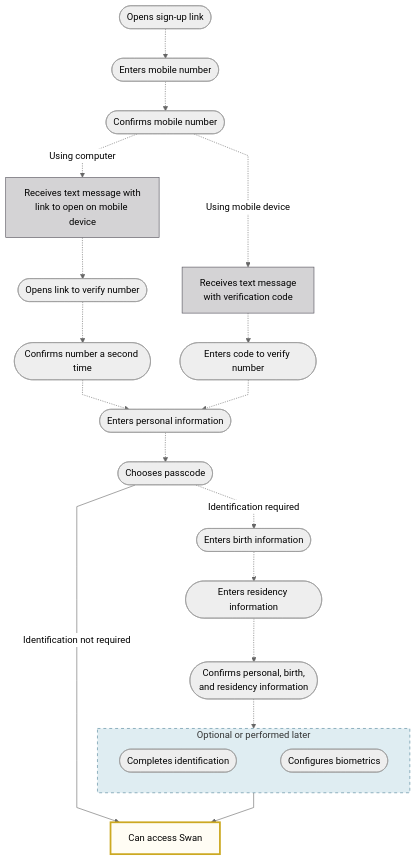
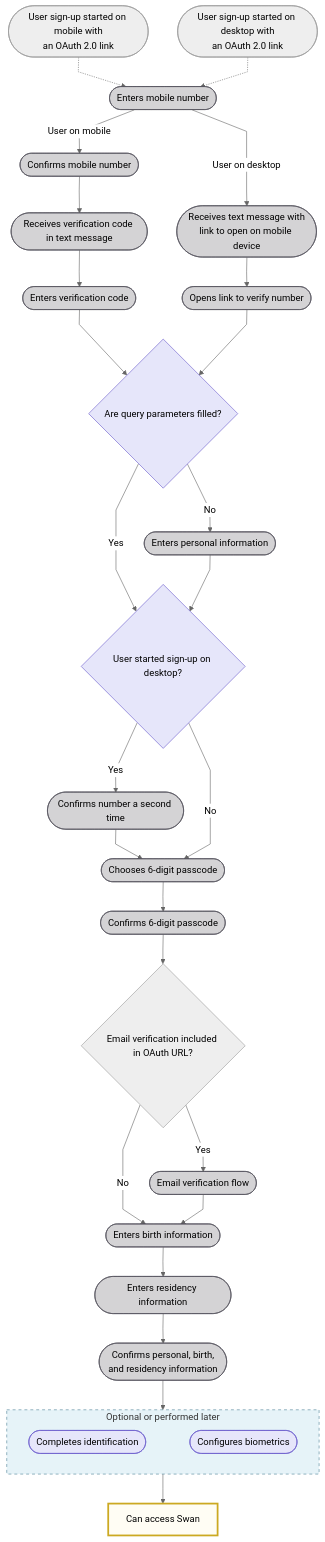
One commit to swan-io/docs changed the first of 2 diagrams in docs/topics/users/index.mdx. Above: the diagram before and after it, drawn with Mermaid (neutral theme).

Commit message:
Update sign-up diagram

````diff
--- a/docs/topics/users/index.mdx
+++ b/docs/topics/users/index.mdx
@@ -68,28 +68,64 @@
 ```mermaid
 %%{ init: { 'flowchart': { 'curve': 'linear' } } }%%
 flowchart TB
-    SUL([Opens sign-up link]) -.-> M([Enters mobile number])
-    M -.-> C([Confirms mobile number])
-    C -.Using computer.-> CO[Receives text message with<br />link to open on mobile device]
-    C -.Using mobile device.-> MD[Receives text message<br />with verification code]
-    CO -.-> CO2([Opens link to verify number])
-    CO2 -.-> CO3([Confirms number a second time])
-    MD -.-> MD2([Enters code to verify number])
-    CO3 -.-> PI([Enters personal information])
-    MD2 -.-> PI
-    PI -.-> P([Chooses passcode])
-    P -.Identification required.-> BI([Enters birth information])
-    BI -.-> RI([Enters residency information])
-    RI -.-> CI([Confirms personal, birth,<br />and residency information])
-    CI -.-> O
-    O --> S[Can access Swan]
-    P --Identification not required--> S
+    MobileEntry([User sign-up started on mobile with<br/>an OAuth 2.0 link]) -.-> EntersMobileNumber([Enters mobile number])
+    DesktopEntry([User sign-up started on desktop with<br/>an OAuth 2.0 link]) -.-> EntersMobileNumber
+
+    EntersMobileNumber -- User on mobile --> ConfirmsMobileNumberMobile([Confirms mobile number])
+    EntersMobileNumber -- User on desktop --> ReceivesLink([Receives text message with<br/>link to open on mobile device])
+
+    ConfirmsMobileNumberMobile --> ReceivesCode([Receives verification code in text message])
+    ReceivesCode --> EntersCode([Enters verification code])
+    EntersCode --> QueryParams{Are query parameters filled?}
+    
+    ReceivesLink --> OpensLink([Opens link to verify number])
+    OpensLink --> QueryParams
+
+    QueryParams -- No --> EntersPI([Enters personal information])
+    QueryParams -- Yes --> UserStartedDesktop{User started sign-up on desktop?}
+
+    EntersPI --> UserStartedDesktop
+    UserStartedDesktop -- Yes --> ConfirmsNumber([Confirms number a second time])
+    ConfirmsNumber --> ChoosesPasscode([Chooses 6-digit passcode])
+    UserStartedDesktop -- No --> ChoosesPasscode
+
+    ChoosesPasscode --> ConfirmsPasscode([Confirms 6-digit passcode])
+
+    ConfirmsPasscode --> EmailVerificationIncluded{Email verification included in OAuth URL?}
+    EmailVerificationIncluded -- Yes --> EmailVerificationFlow([Email verification flow])
+    EmailVerificationIncluded -- No --> EntersBirthInfo
+
+    EmailVerificationFlow --> EntersBirthInfo([Enters birth information])
+    EntersBirthInfo --> EntersResidencyInfo([Enters residency information])
+    EntersResidencyInfo --> ConfirmsInfo([Confirms personal, birth,<br/>and residency information])
+
+    ConfirmsInfo --> O
+
     subgraph O[Optional or performed later]
         direction LR
         IV([Completes identification]) ~~~ B([Configures biometrics])
     end
-    style CO fill:#D4D3D5,stroke:#514F59
-    style MD fill:#D4D3D5,stroke:#514F59
+
+    O --> S[Can access Swan]
+
     style S fill:#fffdf4,stroke:#cca922,stroke-width:3px
-    style O fill:#dfedf2,stroke:#4d8296,stroke-dasharray: 5 5
+    style O fill:#E6F3F8,stroke:#4D8296,stroke-dasharray: 5 5
+    style IV fill:#E6E6FA,stroke:#6A5ACD
+    style B fill:#E6E6FA,stroke:#6A5ACD
+    style EntersMobileNumber fill:#D4D3D5,stroke:#514F59
+    style ConfirmsMobileNumberMobile fill:#D4D3D5,stroke:#514F59
+    style ReceivesCode fill:#D4D3D5,stroke:#514F59
+    style EntersCode fill:#D4D3D5,stroke:#514F59
+    style ReceivesLink fill:#D4D3D5,stroke:#514F59
+    style OpensLink fill:#D4D3D5,stroke:#514F59
+    style ConfirmsNumber fill:#D4D3D5,stroke:#514F59
+    style EntersPI fill:#D4D3D5,stroke:#514F59
+    style ChoosesPasscode fill:#D4D3D5,stroke:#514F59
+    style ConfirmsPasscode fill:#D4D3D5,stroke:#514F59
+    style EmailVerificationFlow fill:#D4D3D5,stroke:#514F59
+    style EntersBirthInfo fill:#D4D3D5,stroke:#514F59
+    style EntersResidencyInfo fill:#D4D3D5,stroke:#514F59
+    style ConfirmsInfo fill:#D4D3D5,stroke:#514F59
+    style UserStartedDesktop fill:#E6E6FA,stroke:#6A5ACD
+    style QueryParams fill:#E6E6FA,stroke:#6A5ACD
 ```
````
